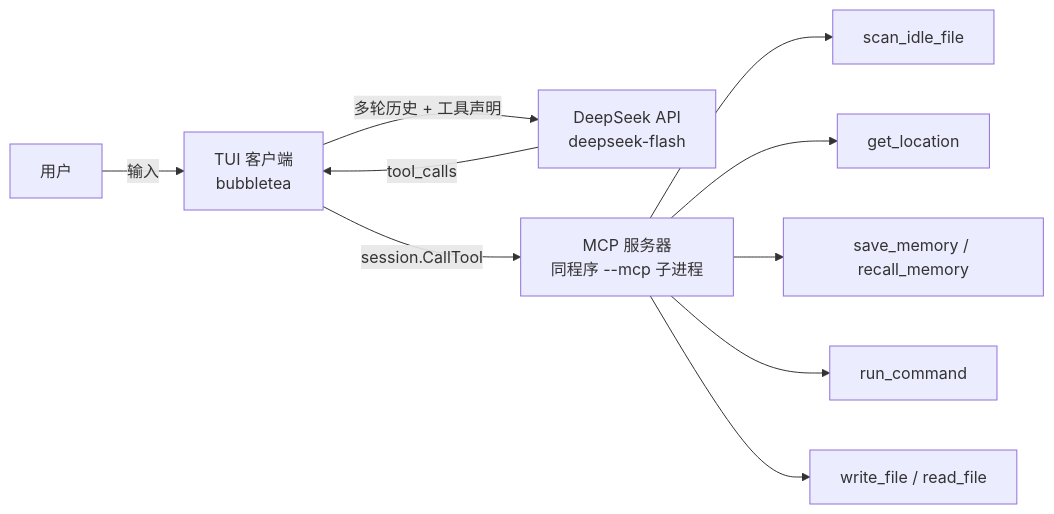
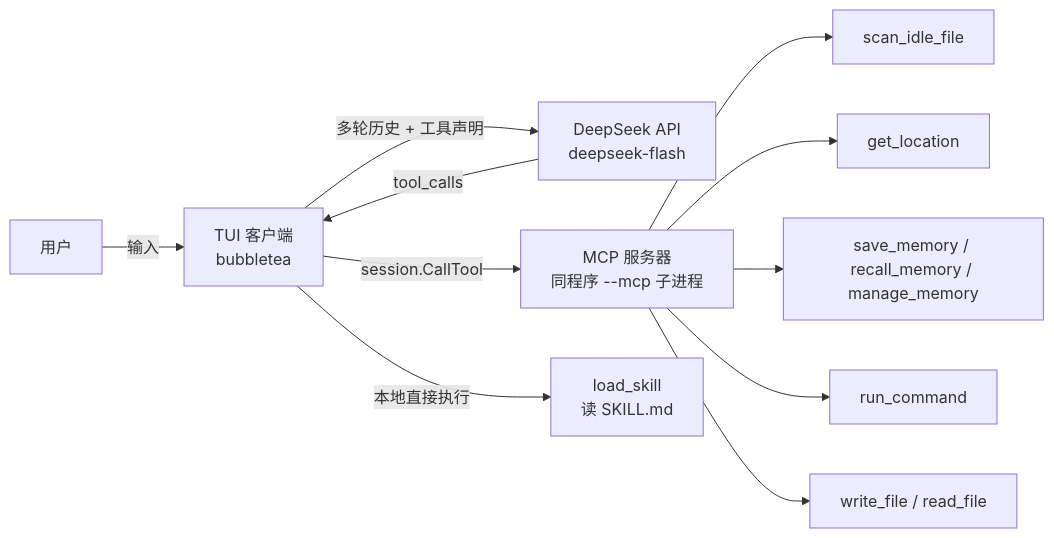
The first of 3 diagrams in README.md (gaoz30500-beep/wuhu), drawn with Mermaid before and after one commit. The commit also changed other lines of this file, not shown here.

````diff
--- a/README.md
+++ b/README.md
@@ -32,12 +29,13 @@
 ```mermaid
 flowchart LR
     U[用户] -->|输入| TUI[TUI 客户端<br/>bubbletea]
     TUI -->|多轮历史 + 工具声明| LLM[DeepSeek API<br/>deepseek-flash]
     LLM -->|tool_calls| TUI
     TUI -->|session.CallTool| MCP[MCP 服务器<br/>同程序 --mcp 子进程]
+    TUI -->|本地直接执行| SK[load_skill<br/>读 SKILL.md]
     MCP --> T1[scan_idle_file]
     MCP --> T2[get_location]
-    MCP --> T3[save_memory / recall_memory]
+    MCP --> T3[save_memory / recall_memory / manage_memory]
     MCP --> T4[run_command]
     MCP --> T5[write_file / read_file]
 ```
````
